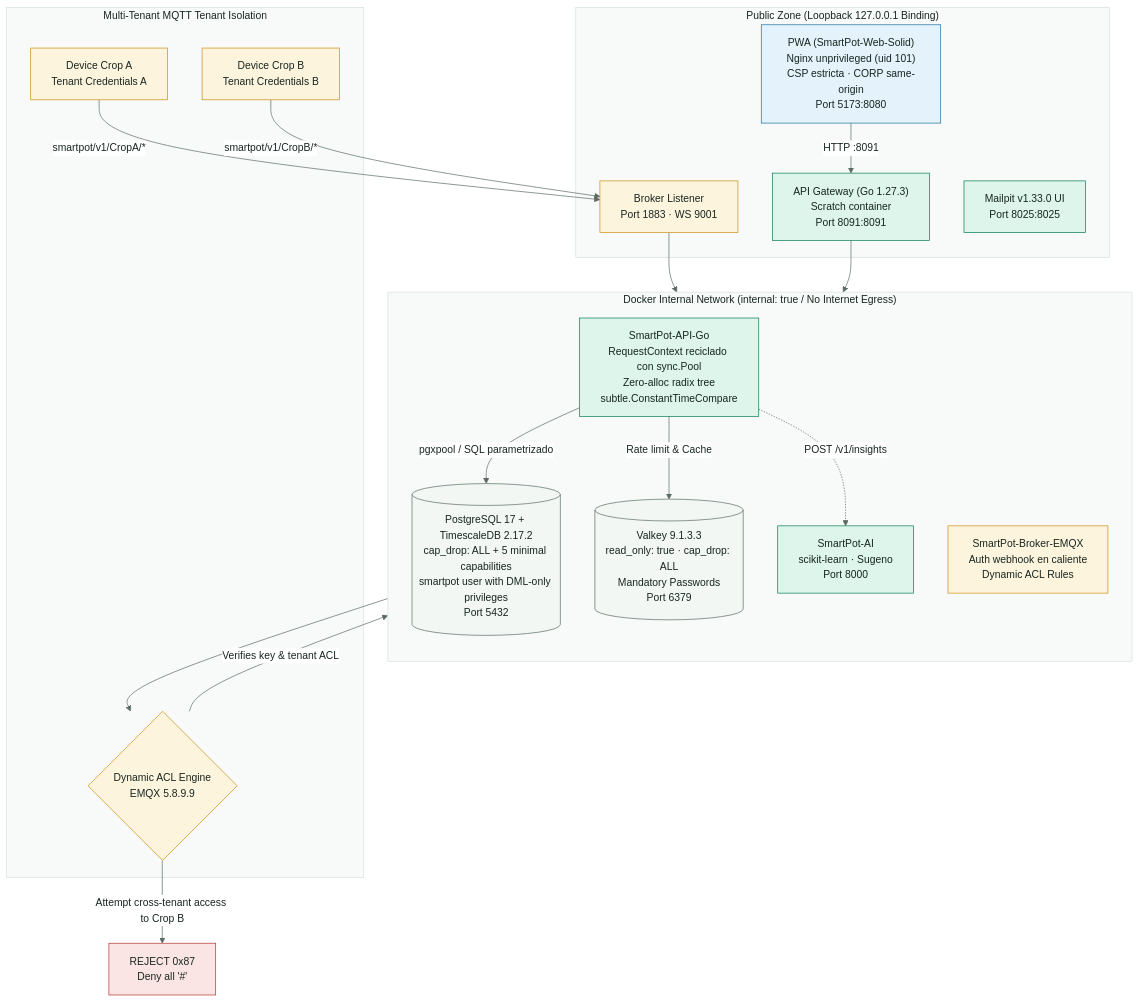
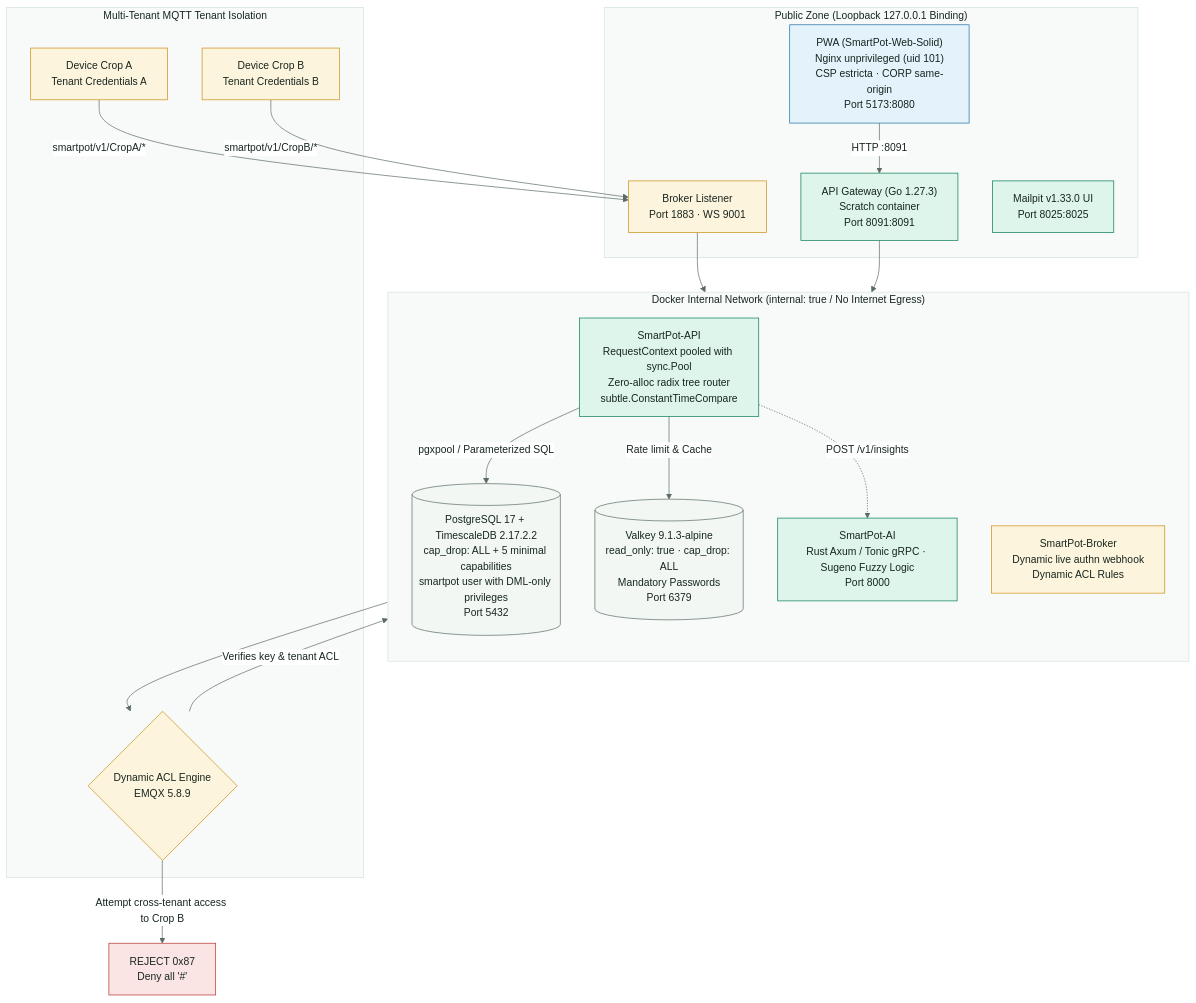
Before and after one commit to SmartPotTech/.github: the diagram in docs/diagrams/SmartPot_48_AppSec_Isolation_Topology.mmd, drawn with Mermaid. The commit also changed 78 other files, not shown here.

Commit message:
docs(architecture): update and standardize architecture diagrams via archify [skip deploy] #no-deploy

```diff
--- a/docs/diagrams/SmartPot_48_AppSec_Isolation_Topology.mmd
+++ b/docs/diagrams/SmartPot_48_AppSec_Isolation_Topology.mmd
@@ -1,48 +1,48 @@
 %%{init: {"theme": "base", "fontFamily": "Segoe UI, Arial, sans-serif", "themeVariables": {"fontFamily": "Segoe UI, Arial, sans-serif", "fontSize": "15px", "primaryColor": "#DDF5EA", "primaryTextColor": "#17261F", "primaryBorderColor": "#067A52", "secondaryColor": "#E3F2FB", "secondaryTextColor": "#17261F", "secondaryBorderColor": "#1F6FA0", "tertiaryColor": "#F2F7F4", "tertiaryTextColor": "#17261F", "tertiaryBorderColor": "#D5E3DC", "lineColor": "#5B6B63", "textColor": "#17261F", "mainBkg": "#DDF5EA", "nodeBorder": "#067A52", "clusterBkg": "#F7FAF8", "clusterBorder": "#D5E3DC", "edgeLabelBackground": "#FFFFFF", "actorBkg": "#067A52", "actorBorder": "#0B3D2B", "actorTextColor": "#FFFFFF", "actorLineColor": "#5B6B63", "signalColor": "#17261F", "signalTextColor": "#17261F", "labelBoxBkgColor": "#0B3D2B", "labelBoxBorderColor": "#0B3D2B", "labelTextColor": "#FFFFFF", "loopTextColor": "#0B3D2B", "noteBkgColor": "#FDF4DD", "noteBorderColor": "#C98D12", "noteTextColor": "#17261F", "activationBkgColor": "#DDF5EA", "activationBorderColor": "#067A52", "attributeBackgroundColorOdd": "#FFFFFF", "attributeBackgroundColorEven": "#F2F7F4"}}}%%
 flowchart TD
   subgraph PUBLIC_ZONE["Public Zone (Loopback 127.0.0.1 Binding)"]
     PWA["PWA (SmartPot-Web-Solid)<br/>Nginx unprivileged (uid 101)<br/>CSP estricta · CORP same-origin<br/>Port 5173:8080"]
     API_PORT["API Gateway (Go 1.27.3)<br/>Scratch container<br/>Port 8091:8091"]
     BROKER_PORT["Broker Listener<br/>Port 1883 · WS 9001"]
     MAIL_PORT["Mailpit v1.33.0 UI<br/>Port 8025:8025"]
   end
 
   subgraph INTERNAL_NETWORK["Docker Internal Network (internal: true / No Internet Egress)"]
     direction TB
-    API["SmartPot-API-Go<br/>RequestContext reciclado con sync.Pool<br/>Zero-alloc radix tree<br/>subtle.ConstantTimeCompare"]
-    DB[("PostgreSQL 17 + TimescaleDB 2.17.2<br/>cap_drop: ALL + 5 minimal capabilities<br/>smartpot user with DML-only privileges<br/>Port 5432")]
-    VALKEY[("Valkey 9.1.3.3<br/>read_only: true · cap_drop: ALL<br/>Mandatory Passwords<br/>Port 6379")]
-    EMQX["SmartPot-Broker-EMQX<br/>Auth webhook en caliente<br/>Dynamic ACL Rules"]
-    AI["SmartPot-AI<br/>scikit-learn · Sugeno<br/>Port 8000"]
+    API["SmartPot-API<br/>RequestContext pooled with sync.Pool<br/>Zero-alloc radix tree router<br/>subtle.ConstantTimeCompare"]
+    DB[("PostgreSQL 17 + TimescaleDB 2.17.2.2<br/>cap_drop: ALL + 5 minimal capabilities<br/>smartpot user with DML-only privileges<br/>Port 5432")]
+    VALKEY[("Valkey 9.1.3-alpine<br/>read_only: true · cap_drop: ALL<br/>Mandatory Passwords<br/>Port 6379")]
+    EMQX["SmartPot-Broker<br/>Dynamic live authn webhook<br/>Dynamic ACL Rules"]
+    AI["SmartPot-AI<br/>Rust Axum / Tonic gRPC · Sugeno Fuzzy Logic<br/>Port 8000"]
   end
 
   subgraph DEVICE_ISOLATION["Multi-Tenant MQTT Tenant Isolation"]
     DEV_A["Device Crop A<br/>Tenant Credentials A"]
     DEV_B["Device Crop B<br/>Tenant Credentials B"]
-    ACL_ENGINE{"Dynamic ACL Engine<br/>EMQX 5.8.9.9"}
+    ACL_ENGINE{"Dynamic ACL Engine<br/>EMQX 5.8.9"}
   end
 
   PWA -->|HTTP :8091| API_PORT
   API_PORT --> API
-  API -->|pgxpool / SQL parametrizado| DB
+  API -->|pgxpool / Parameterized SQL| DB
   API -->|Rate limit & Cache| VALKEY
   API -.->|POST /v1/insights| AI
 
   DEV_A -->|smartpot/v1/CropA/*| BROKER_PORT
   DEV_B -->|smartpot/v1/CropB/*| BROKER_PORT
   BROKER_PORT --> EMQX
   EMQX --> ACL_ENGINE
   ACL_ENGINE -->|Verifies key & tenant ACL| API
   ACL_ENGINE -- "Attempt cross-tenant access to Crop B" --> DENY["REJECT 0x87<br/>Deny all '#'"]
 
   classDef core fill:#DDF5EA,stroke:#067A52,color:#17261F
   classDef platform fill:#E3F2FB,stroke:#1F6FA0,color:#17261F
   classDef store fill:#F2F7F4,stroke:#5B6B63,color:#17261F
   classDef device fill:#FDF4DD,stroke:#C98D12,color:#17261F
   classDef alert fill:#FBE4E4,stroke:#B83232,color:#17261F
 
   class API,API_PORT core
   class PWA platform
   class DB,VALKEY store
   class EMQX,DEV_A,DEV_B,BROKER_PORT,ACL_ENGINE device
   class DENY alert
```
